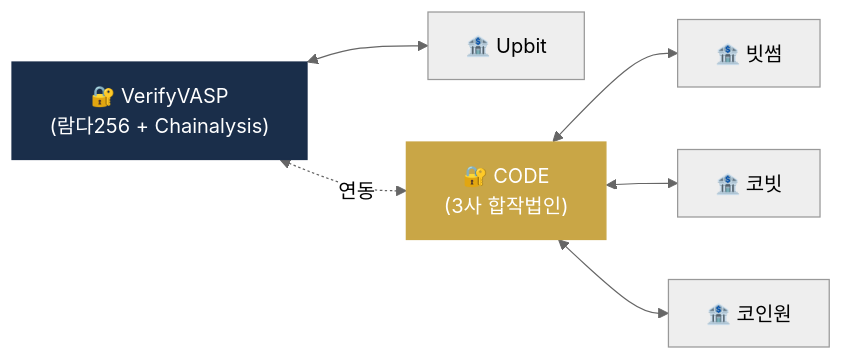
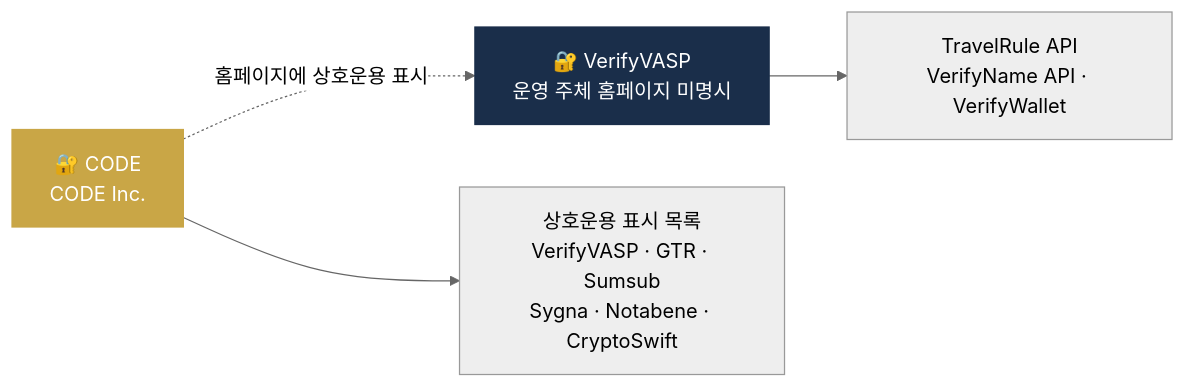
The first of 2 diagrams in curriculum/day_25.md (lala-david/aml-notes), drawn with Mermaid (neutral theme) before and after one commit. The commit also changed other lines of this file and 233 other files, not shown here.

````diff
--- a/curriculum/day_25.md
+++ b/curriculum/day_25.md
@@ -13,10 +13,8 @@
 ```mermaid
 flowchart LR
-    VV["🔐 VerifyVASP<br/>(람다256 + Chainalysis)"] <--> UP["🏦 Upbit"]
-    CD["🔐 CODE<br/>(3사 합작법인)"] <--> B["🏦 빗썸"]
-    CD <--> KB["🏦 코빗"]
-    CD <--> CO["🏦 코인원"]
-    VV <-.연동.-> CD
+    VV["🔐 VerifyVASP<br/>운영 주체 홈페이지 미명시"] --> P1["TravelRule API<br/>VerifyName API · VerifyWallet"]
+    CD["🔐 CODE<br/>CODE Inc."] --> P2["상호운용 표시 목록<br/>VerifyVASP · GTR · Sumsub<br/>Sygna · Notabene · CryptoSwift"]
+    CD -.홈페이지에 상호운용 표시.-> VV
     style VV fill:#1a2e4a,color:#fff,stroke:#1a2e4a
     style CD fill:#c9a646,color:#fff,stroke:#c9a646
 ```
````
